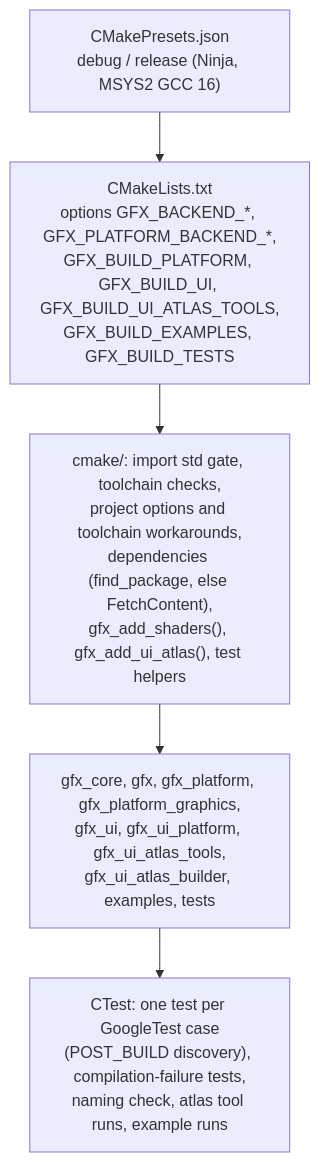
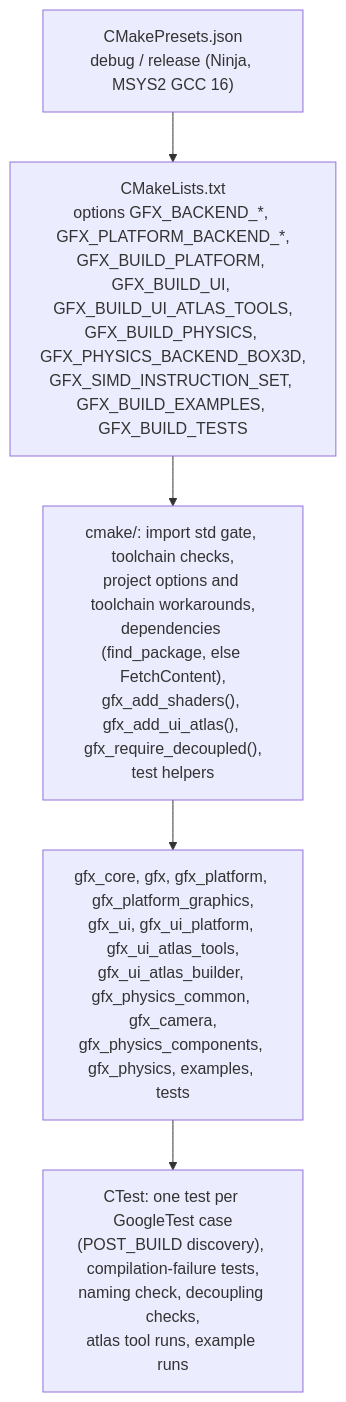
Diagram 29 of 29 in docs/architecture.md (bueno-mhc/gfx), drawn with Mermaid before and after one commit. The commit also changed other lines of this file and 15 other files, not shown here.

````diff
--- a/docs/architecture.md
+++ b/docs/architecture.md
@@ -837,7 +1186,7 @@
 ```mermaid
 flowchart TB
-    presets["CMakePresets.json<br/>debug / release (Ninja, MSYS2 GCC 16)"] --> configure["CMakeLists.txt<br/>options GFX_BACKEND_*, GFX_PLATFORM_BACKEND_*,<br/>GFX_BUILD_PLATFORM, GFX_BUILD_UI, GFX_BUILD_UI_ATLAS_TOOLS,<br/>GFX_BUILD_EXAMPLES, GFX_BUILD_TESTS"]
-    configure --> modules["cmake/: import std gate, toolchain checks,<br/>project options and toolchain workarounds,<br/>dependencies (find_package, else FetchContent),<br/>gfx_add_shaders(), gfx_add_ui_atlas(), test helpers"]
-    modules --> targets["gfx_core, gfx, gfx_platform, gfx_platform_graphics,<br/>gfx_ui, gfx_ui_platform, gfx_ui_atlas_tools,<br/>gfx_ui_atlas_builder, examples, tests"]
-    targets --> ctest["CTest: one test per GoogleTest case<br/>(POST_BUILD discovery), compilation-failure tests,<br/>naming check, atlas tool runs, example runs"]
+    presets["CMakePresets.json<br/>debug / release (Ninja, MSYS2 GCC 16)"] --> configure["CMakeLists.txt<br/>options GFX_BACKEND_*, GFX_PLATFORM_BACKEND_*,<br/>GFX_BUILD_PLATFORM, GFX_BUILD_UI, GFX_BUILD_UI_ATLAS_TOOLS,<br/>GFX_BUILD_PHYSICS, GFX_PHYSICS_BACKEND_BOX3D,<br/>GFX_SIMD_INSTRUCTION_SET, GFX_BUILD_EXAMPLES, GFX_BUILD_TESTS"]
+    configure --> modules["cmake/: import std gate, toolchain checks,<br/>project options and toolchain workarounds,<br/>dependencies (find_package, else FetchContent),<br/>gfx_add_shaders(), gfx_add_ui_atlas(), gfx_require_decoupled(),<br/>test helpers"]
+    modules --> targets["gfx_core, gfx, gfx_platform, gfx_platform_graphics,<br/>gfx_ui, gfx_ui_platform, gfx_ui_atlas_tools,<br/>gfx_ui_atlas_builder, gfx_physics_common, gfx_camera,<br/>gfx_physics_components, gfx_physics, examples, tests"]
+    targets --> ctest["CTest: one test per GoogleTest case<br/>(POST_BUILD discovery), compilation-failure tests,<br/>naming check, decoupling checks,<br/>atlas tool runs, example runs"]
 ```
````
